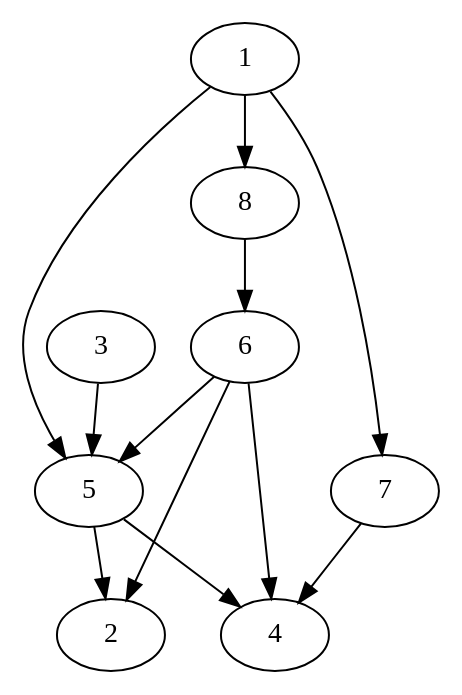
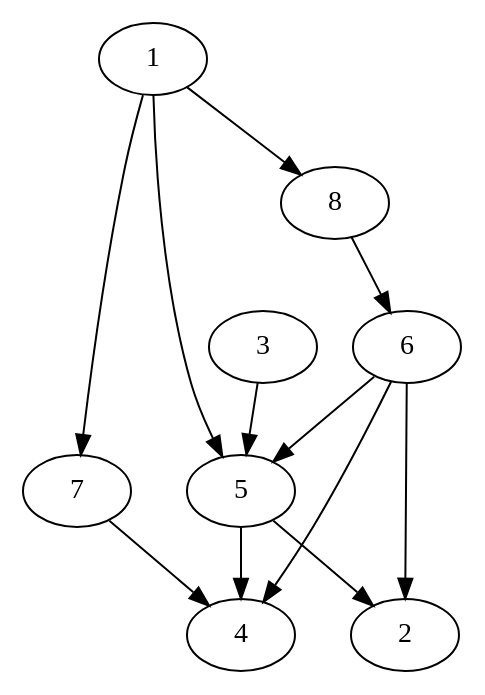
The diagram in expected/withoutdemo.dot (lifelike/gamebookformat), drawn with Graphviz before and after one commit. The commit also changed 14 other files, not shown here.

```diff
--- a/expected/withoutdemo.dot
+++ b/expected/withoutdemo.dot
@@ -1,19 +1,14 @@
 digraph gamebook {
 
- 1->8
-
+ 1->7
 1->5
-
-1->7
+1->8
 3->5
+5->4
 5->2
-
-5->4
+6->5
 6->4
-
-6->5
-
 6->2
 7->4
 8->6
 }
```
